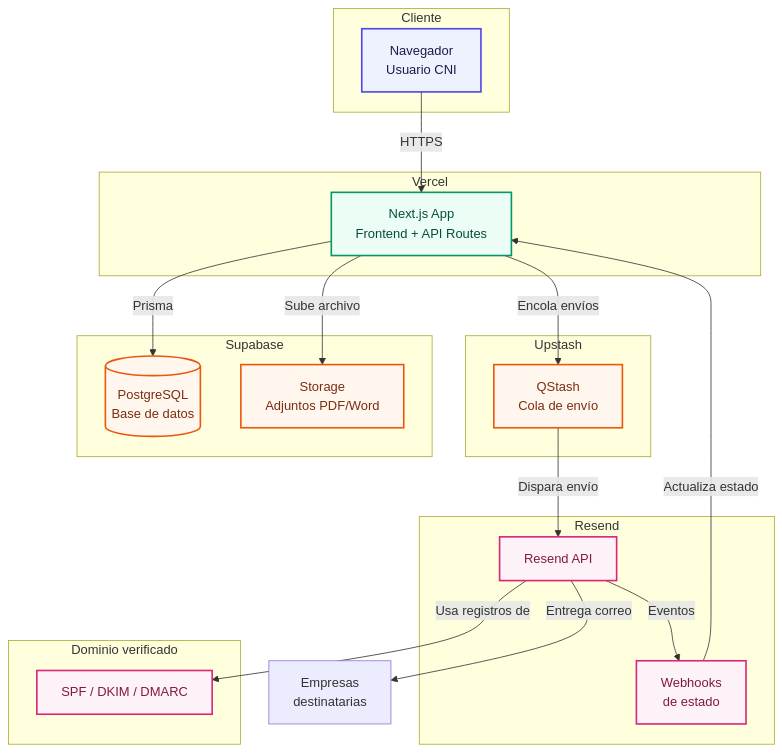
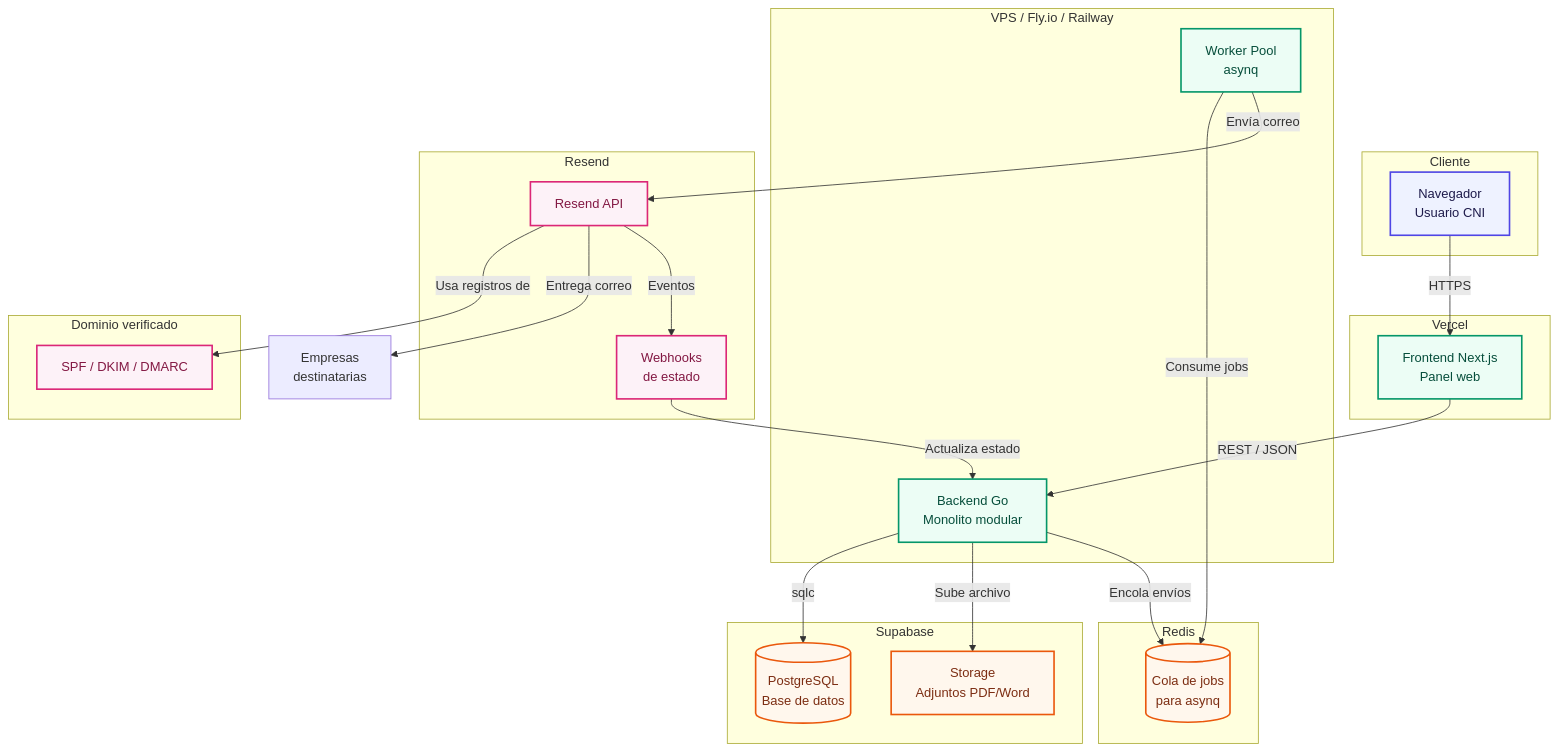
One commit to Jose27luis/Correspondencia-CNI changed the fifth of 5 diagrams in README.md. Above: the diagram before and after it, drawn with Mermaid. The commit also changed other lines of this file, not shown here.

Commit message:
docs: cambiamos el stack a monolito modular con go y next

````diff
--- a/README.md
+++ b/README.md
@@ -301,55 +326,64 @@
 ```mermaid
 flowchart TB
     subgraph CLIENTE["Cliente"]
         Browser["Navegador
 Usuario CNI"]
     end
 
     subgraph VERCEL["Vercel"]
-        NextApp["Next.js App
-Frontend + API Routes"]
+        NextApp["Frontend Next.js
+Panel web"]
+    end
+
+    subgraph BACKENDHOST["VPS / Fly.io / Railway"]
+        GoAPI["Backend Go
+Monolito modular"]
+        GoWorker["Worker Pool
+asynq"]
     end
 
     subgraph SUPABASE["Supabase"]
         PG[("PostgreSQL
 Base de datos")]
         Storage["Storage
 Adjuntos PDF/Word"]
     end
 
-    subgraph UPSTASH["Upstash"]
-        Queue["QStash
-Cola de envío"]
+    subgraph REDIS["Redis"]
+        RedisQ[("Cola de jobs
+para asynq")]
     end
 
     subgraph RESEND["Resend"]
-        API["Resend API"]
+        RAPI["Resend API"]
         Webhook["Webhooks
 de estado"]
     end
 
     subgraph DOMINIO["Dominio verificado"]
         DNS["SPF / DKIM / DMARC"]
     end
 
     Browser -->|HTTPS| NextApp
-    NextApp -->|Prisma| PG
-    NextApp -->|Sube archivo| Storage
-    NextApp -->|Encola envíos| Queue
-    Queue -->|Dispara envío| API
-    API -->|Usa registros de| DNS
-    API -->|Entrega correo| Empresas["Empresas
+    NextApp -->|REST / JSON| GoAPI
+    GoAPI -->|sqlc| PG
+    GoAPI -->|Sube archivo| Storage
+    GoAPI -->|Encola envíos| RedisQ
+    GoWorker -->|Consume jobs| RedisQ
+    GoWorker -->|Envía correo| RAPI
+    RAPI -->|Usa registros de| DNS
+    RAPI -->|Entrega correo| Empresas["Empresas
 destinatarias"]
-    API -->|Eventos| Webhook
-    Webhook -->|Actualiza estado| NextApp
+    RAPI -->|Eventos| Webhook
+    Webhook -->|Actualiza estado| GoAPI
 
     classDef cliente fill:#eef2ff,stroke:#4f46e5,stroke-width:2px,color:#1e1b4b
     classDef app fill:#ecfdf5,stroke:#059669,stroke-width:2px,color:#064e3b
     classDef datos fill:#fff7ed,stroke:#ea580c,stroke-width:2px,color:#7c2d12
     classDef envio fill:#fdf2f8,stroke:#db2777,stroke-width:2px,color:#831843
 
     class Browser cliente
-    class NextApp app
-    class PG,Storage,Queue datos
-    class API,Webhook,DNS envio
+    class NextApp,GoAPI,GoWorker app
+    class PG,Storage,RedisQ datos
+    class RAPI,Webhook,DNS envio
 ```
````
